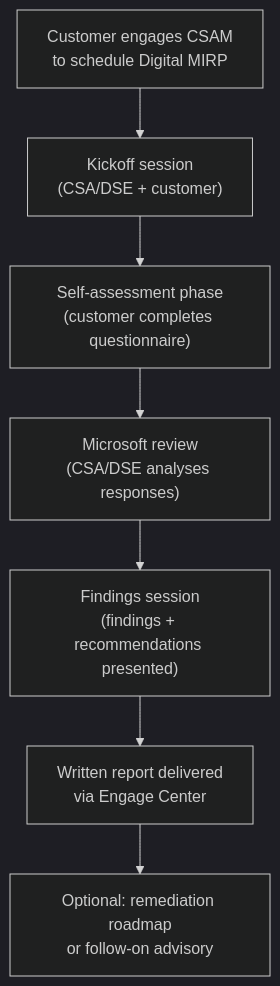
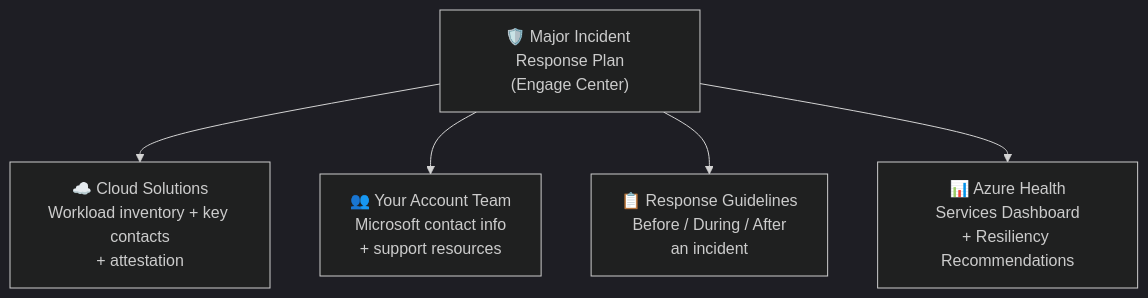
One commit to marcogrimaldi29/engage-center-notes changed the diagram in 04-digital-mirp.md. Above: the diagram before and after it, drawn with Mermaid. The commit also changed other lines of this file and 1 other file, not shown here.

First line of the commit message:
Revise Digital MIRP docs for Engage Center

````diff
--- a/04-digital-mirp.md
+++ b/04-digital-mirp.md
@@ -49,13 +57,14 @@
 ```mermaid
 %%{init: {"theme":"dark"}}%%
 flowchart TD
-    ENGAGE["Customer engages CSAM\nto schedule Digital MIRP"]
-    KICK["Kickoff session\n(CSA/DSE + customer)"]
-    ASSESS["Self-assessment phase\n(customer completes questionnaire)"]
-    REVIEW["Microsoft review\n(CSA/DSE analyses responses)"]
-    FINDINGS["Findings session\n(findings + recommendations presented)"]
-    REPORT["Written report delivered\nvia Engage Center"]
-    ROADMAP["Optional: remediation roadmap\nor follow-on advisory"]
+    MIRP["🛡️ Major Incident Response Plan\n(Engage Center)"]
+    CS["☁️ Cloud Solutions\nWorkload inventory + key contacts\n+ attestation"]
+    AT["👥 Your Account Team\nMicrosoft contact info\n+ support resources"]
+    RG["📋 Response Guidelines\nBefore / During / After\nan incident"]
+    AH["📊 Azure Health\nServices Dashboard\n+ Resiliency Recommendations"]
 
-    ENGAGE --> KICK --> ASSESS --> REVIEW --> FINDINGS --> REPORT --> ROADMAP
+    MIRP --> CS
+    MIRP --> AT
+    MIRP --> RG
+    MIRP --> AH
 ```
````
